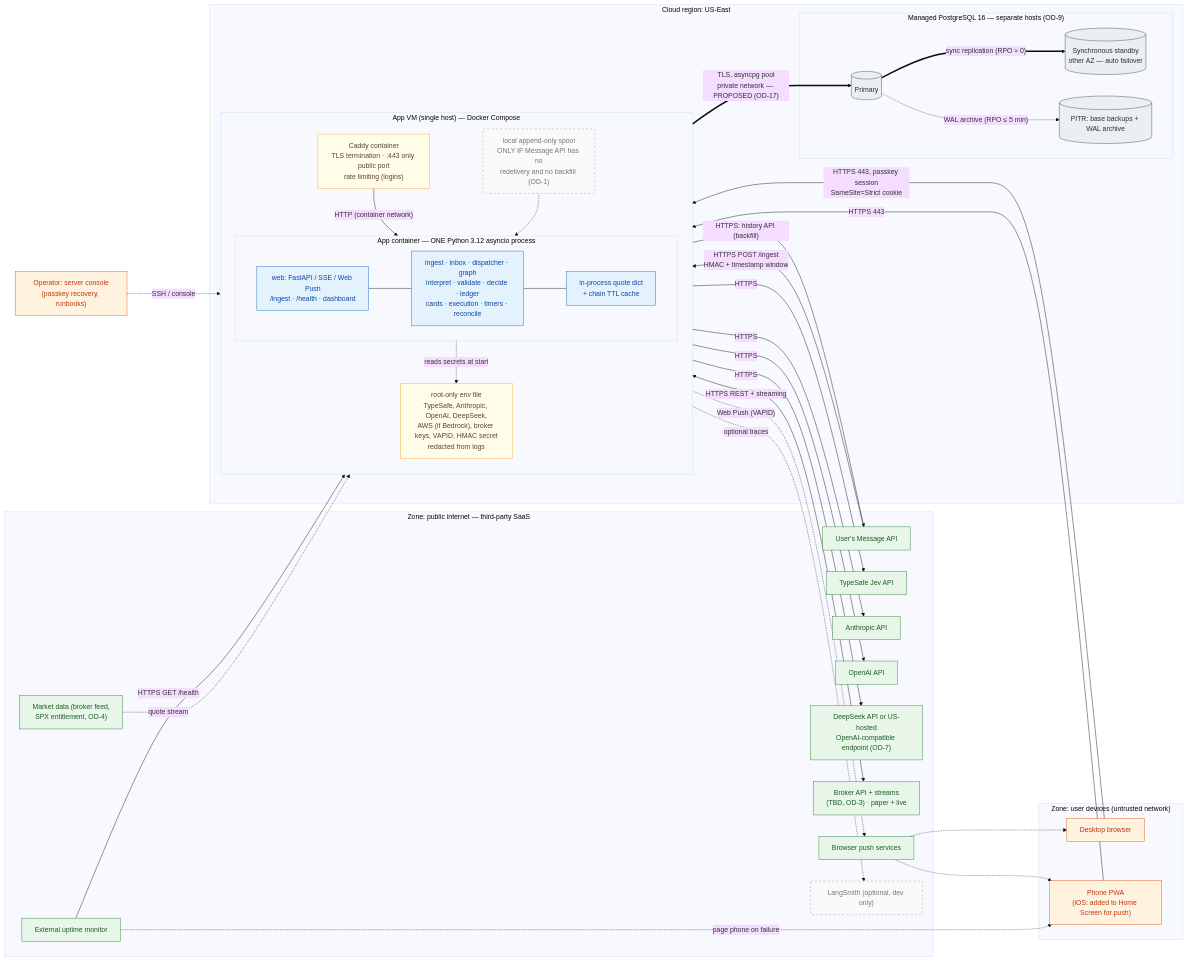
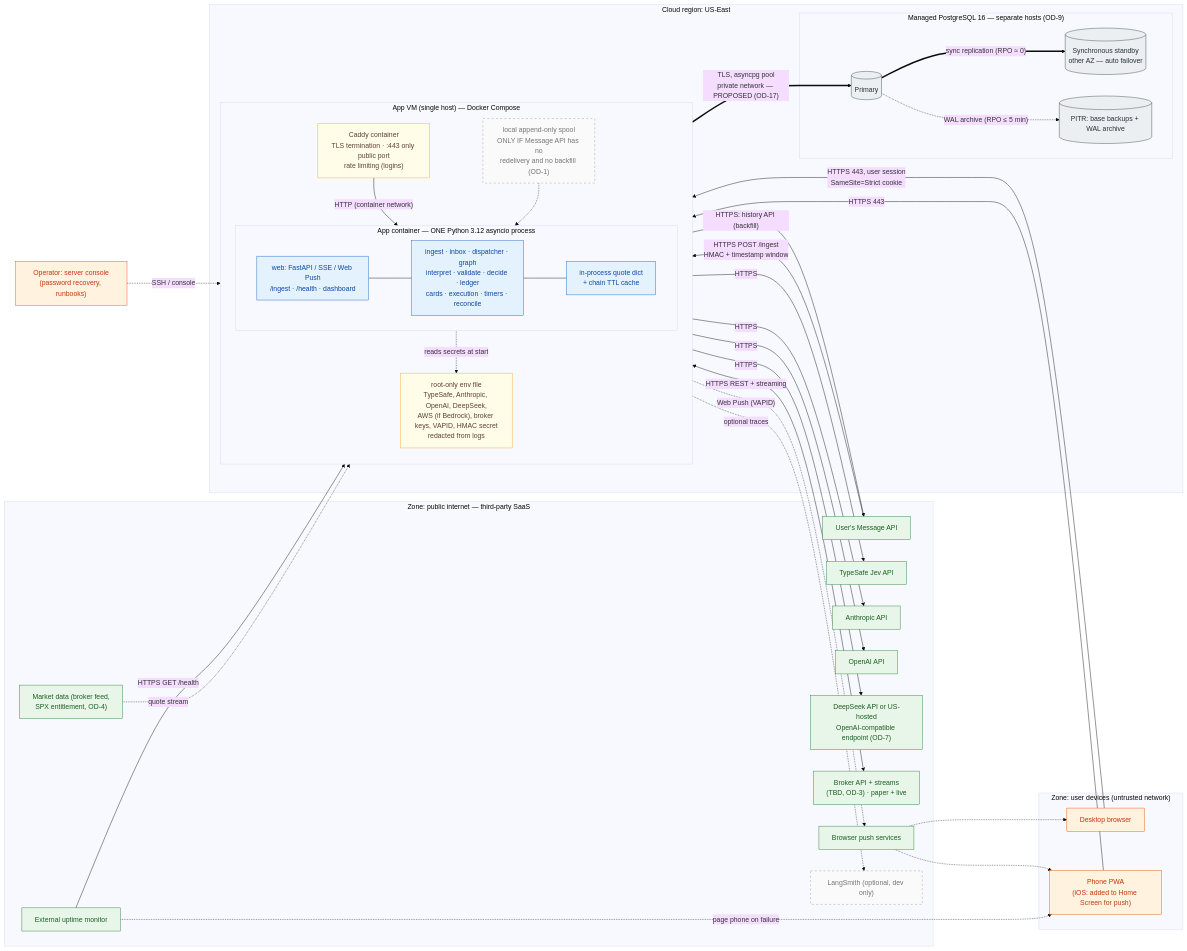
Before and after one commit to idolrun/trading-agent: the first of 3 diagrams in docs/diagrams/08-deployment.md, drawn with Mermaid (base theme). The commit also changed other lines of this file and 83 other files, not shown here.

````diff
--- a/docs/diagrams/08-deployment.md
+++ b/docs/diagrams/08-deployment.md
@@ -9,75 +9,75 @@
 ```mermaid
 flowchart LR
     classDef ext fill:#e8f5e9,stroke:#2e7d32,color:#1b5e20
     classDef code fill:#e3f2fd,stroke:#1565c0,color:#0d47a1
     classDef store fill:#eceff1,stroke:#37474f,color:#263238
     classDef human fill:#fff3e0,stroke:#e65100,color:#bf360c
     classDef sec fill:#fffde7,stroke:#f9a825,color:#5d4037
     classDef future fill:#fafafa,stroke:#9e9e9e,color:#757575,stroke-dasharray: 5 5
 
     subgraph CLIENTS["Zone: user devices (untrusted network)"]
         DESK["Desktop browser"]:::human
         PHONE["Phone PWA<br/>(iOS: added to Home Screen for push)"]:::human
     end
 
     subgraph INTERNET["Zone: public internet — third-party SaaS"]
         MAPI["User's Message API"]:::ext
         JEV["TypeSafe Jev API"]:::ext
         ANTH["Anthropic API"]:::ext
         OAI["OpenAI API"]:::ext
         DSK["DeepSeek API or US-hosted<br/>OpenAI-compatible endpoint (OD-7)"]:::ext
         BRK["Broker API + streams<br/>(TBD, OD-3) · paper + live"]:::ext
         MDF["Market data (broker feed,<br/>SPX entitlement, OD-4)"]:::ext
         PUSH["Browser push services"]:::ext
         UPT["External uptime monitor"]:::ext
         LSM["LangSmith (optional, dev only)"]:::future
     end
 
     subgraph REGION["Cloud region: US-East"]
         subgraph VM["App VM (single host) — Docker Compose"]
             direction TB
             CADDY["Caddy container<br/>TLS termination · :443 only public port<br/>rate limiting (logins)"]:::sec
             subgraph APPC["App container — ONE Python 3.12 asyncio process"]
                 direction LR
                 WEBM["web: FastAPI / SSE / Web Push<br/>/ingest · /health · dashboard"]:::code
                 CORE["ingest · inbox · dispatcher · graph<br/>interpret · validate · decide · ledger<br/>cards · execution · timers · reconcile"]:::code
                 CACHE["in-process quote dict<br/>+ chain TTL cache"]:::code
             end
             ENV["root-only env file<br/>TypeSafe, Anthropic, OpenAI, DeepSeek,<br/>AWS (if Bedrock), broker keys, VAPID, HMAC secret<br/>redacted from logs"]:::sec
             SPOOL["local append-only spool<br/>ONLY IF Message API has no<br/>redelivery and no backfill (OD-1)"]:::future
         end
         subgraph PGHA["Managed PostgreSQL 16 — separate hosts (OD-9)"]
             PRIM[("Primary")]:::store
             STBY[("Synchronous standby<br/>other AZ — auto failover")]:::store
             PITR[("PITR: base backups + WAL archive")]:::store
         end
     end
 
-    OPER["Operator: server console<br/>(passkey recovery, runbooks)"]:::human
+    OPER["Operator: server console<br/>(password recovery, runbooks)"]:::human
 
-    DESK -->|"HTTPS 443, passkey session<br/>SameSite=Strict cookie"| CADDY
+    DESK -->|"HTTPS 443, user session<br/>SameSite=Strict cookie"| CADDY
     PHONE -->|"HTTPS 443"| CADDY
     MAPI -->|"HTTPS POST /ingest<br/>HMAC + timestamp window"| CADDY
     UPT -->|"HTTPS GET /health"| CADDY
     CADDY -->|"HTTP (container network)"| WEBM
     WEBM --- CORE
     CORE --- CACHE
     CORE -.->|"reads secrets at start"| ENV
     CORE -->|"HTTPS: history API (backfill)"| MAPI
     CORE -->|"HTTPS"| JEV
     CORE -->|"HTTPS"| ANTH
     CORE -->|"HTTPS"| OAI
     CORE -->|"HTTPS"| DSK
     CORE <-->|"HTTPS REST + streaming"| BRK
     MDF -.->|"quote stream"| CACHE
     WEBM -.->|"Web Push (VAPID)"| PUSH
     PUSH -.-> PHONE
     PUSH -.-> DESK
     CORE ==>|"TLS, asyncpg pool<br/>private network — PROPOSED (OD-17)"| PRIM
     PRIM ==>|"sync replication (RPO ≈ 0)"| STBY
     PRIM -.->|"WAL archive (RPO ≤ 5 min)"| PITR
     UPT -.->|"page phone on failure"| PHONE
     OPER -.->|"SSH / console"| VM
     CORE -.->|"optional traces"| LSM
     SPOOL -.-> CORE
 ```
````
